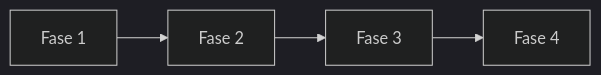
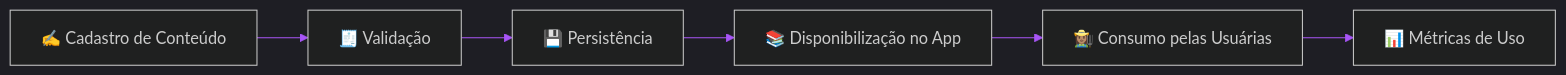
The seventh of 13 diagrams in test.md (matheusdiamantino-betalent/questions-ai), drawn with Mermaid before and after one commit. The commit also changed other lines of this file, not shown here.

````diff
--- a/test.md
+++ b/test.md
@@ -125,7 +548,18 @@
 ```mermaid
-%%{init: {'theme':'dark'}}%%
+%%{init: {
+  'theme': 'dark',
+  'themeVariables': {
+    'background': '#020617',
+    'primaryColor': '#22D3EE',
+    'primaryBorderColor': '#A3E635',
+    'primaryTextColor': '#ECFEFF',
+    'lineColor': '#A855F7'
+  }
+}}%%
 flowchart LR
-A[Fase 1] --> B[Fase 2]
-B --> C[Fase 3]
-C --> D[Fase 4]
+A[✍️ Cadastro de Conteúdo] --> B[🧾 Validação]
+B --> C[💾 Persistência]
+C --> D[📚 Disponibilização no App]
+D --> E[👩🏽‍🌾 Consumo pelas Usuárias]
+E --> F[📊 Métricas de Uso]
 ```
````
